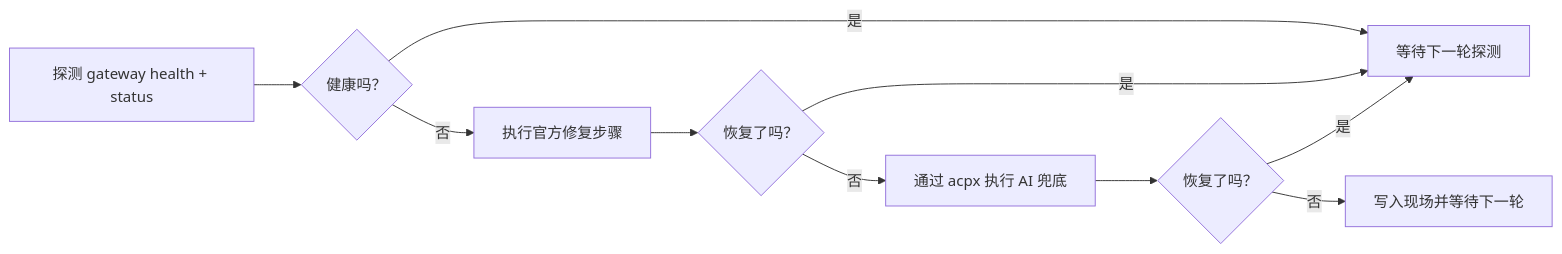
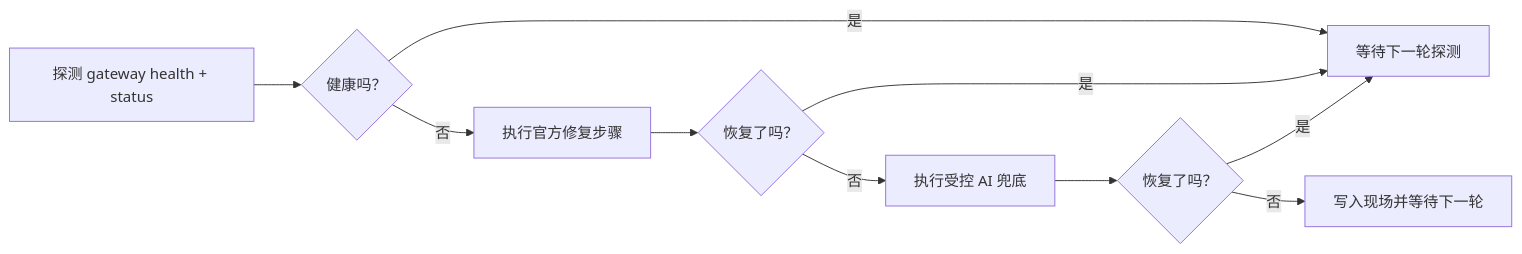
Before and after one commit to bit-cook/fix-my-claw: the diagram in README_ZH.md, drawn with Mermaid. The commit also changed other lines of this file and 1 other file, not shown here.

````diff
--- a/README_ZH.md
+++ b/README_ZH.md
@@ -16,12 +18,12 @@
 ```mermaid
 flowchart LR
   A["探测 gateway health + status"] --> B{"健康吗？"}
   B -->|"是"| C["等待下一轮探测"]
   B -->|"否"| D["执行官方修复步骤"]
   D --> E{"恢复了吗？"}
   E -->|"是"| C
-  E -->|"否"| F["通过 acpx 执行 AI 兜底"]
+  E -->|"否"| F["执行受控 AI 兜底"]
   F --> G{"恢复了吗？"}
   G -->|"是"| C
   G -->|"否"| H["写入现场并等待下一轮"]
 ```
````
